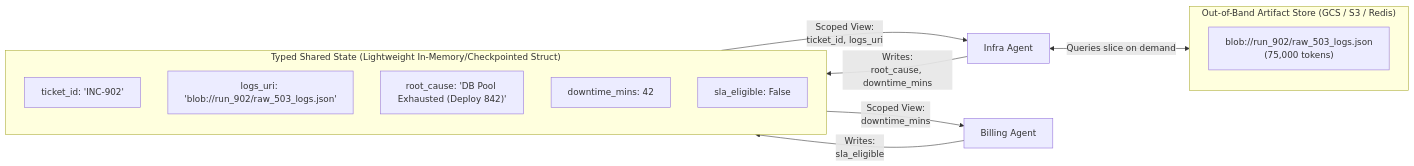
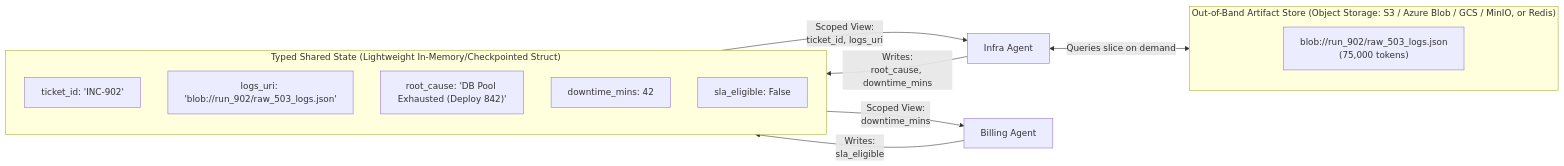
One commit to Rajdipc/agentic-ai-orchestration-patterns changed the first of 3 diagrams in chapter-17-production-state-hitl-and-frameworks.md. Above: the diagram before and after it, drawn with Mermaid. The commit also changed other lines of this file and 18 other files, not shown here.

````diff
--- a/chapter-17-production-state-hitl-and-frameworks.md
+++ b/chapter-17-production-state-hitl-and-frameworks.md
@@ -28,20 +28,20 @@
 ```mermaid
 flowchart LR
-    subgraph ArtifactStore["Out-of-Band Artifact Store (GCS / S3 / Redis)"]
+    subgraph ArtifactStore["Out-of-Band Artifact Store (Object Storage: S3 / Azure Blob / GCS / MinIO, or Redis)"]
         Blob["blob://run_902/raw_503_logs.json<br/>(75,000 tokens)"]
     end
 
     subgraph SharedState["Typed Shared State (Lightweight In-Memory/Checkpointed Struct)"]
         S1["ticket_id: 'INC-902'"]
         S2["logs_uri: 'blob://run_902/raw_503_logs.json'"]
         S3["root_cause: 'DB Pool Exhausted (Deploy 842)'"]
         S4["downtime_mins: 42"]
         S5["sla_eligible: False"]
     end
 
     SharedState -- "Scoped View:<br/>ticket_id, logs_uri" --> Infra["Infra Agent"]
     Infra <-- "Queries slice on demand" --> ArtifactStore
     Infra -- "Writes:<br/>root_cause, downtime_mins" --> SharedState
     SharedState -- "Scoped View:<br/>downtime_mins" --> Billing["Billing Agent"]
     Billing -- "Writes:<br/>sla_eligible" --> SharedState
 ```
````
